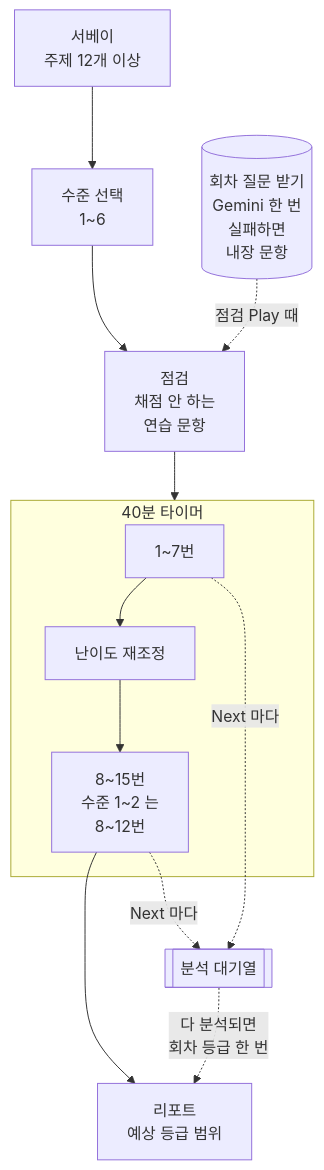
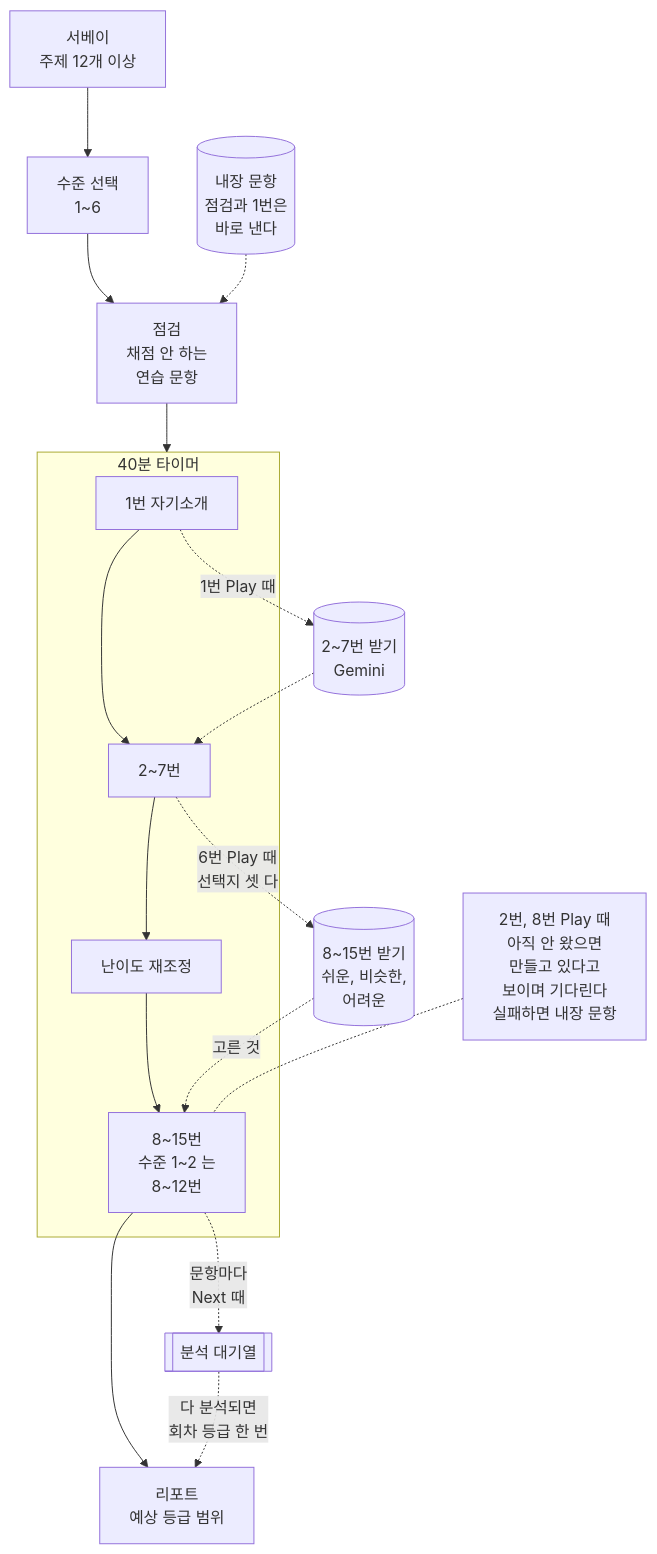
One commit to nosorae/AiOpicSelfStudy changed the first of 5 diagrams in README.md. Above: the diagram before and after it, drawn with Mermaid. The commit also changed other lines of this file and 33 other files, not shown here.

````diff
--- a/README.md
+++ b/README.md
@@ -15,15 +15,20 @@
 ```mermaid
 flowchart TD
     survey["서베이<br/>주제 12개 이상"] --> level["수준 선택<br/>1~6"]
     level --> check["점검<br/>채점 안 하는<br/>연습 문항"]
-    gen[("회차 질문 받기<br/>Gemini 한 번<br/>실패하면<br/>내장 문항")] -. "점검 Play 때" .-> check
+    pool[("내장 문항<br/>점검과 1번은<br/>바로 낸다")] -.-> check
     check --> timer
     subgraph timer["40분 타이머"]
-        q1["1~7번"] --> recal["난이도 재조정"]
+        q1["1번 자기소개"] --> q2["2~7번"]
+        q2 --> recal["난이도 재조정"]
         recal --> q8["8~15번<br/>수준 1~2 는<br/>8~12번"]
     end
+    q1 -. "1번 Play 때" .-> genA[("2~7번 받기<br/>Gemini")]
+    genA -.-> q2
+    q2 -. "6번 Play 때<br/>선택지 셋 다" .-> genB[("8~15번 받기<br/>쉬운, 비슷한,<br/>어려운")]
+    genB -. "고른 것" .-> q8
+    wait["2번, 8번 Play 때<br/>아직 안 왔으면<br/>만들고 있다고<br/>보이며 기다린다<br/>실패하면 내장 문항"] -.- q8
     q8 --> report["리포트<br/>예상 등급 범위"]
-    q1 -. "Next 마다" .-> queue[["분석 대기열"]]
-    q8 -. "Next 마다" .-> queue
+    q8 -. "문항마다<br/>Next 때" .-> queue[["분석 대기열"]]
     queue -. "다 분석되면<br/>회차 등급 한 번" .-> report
 ```
````
